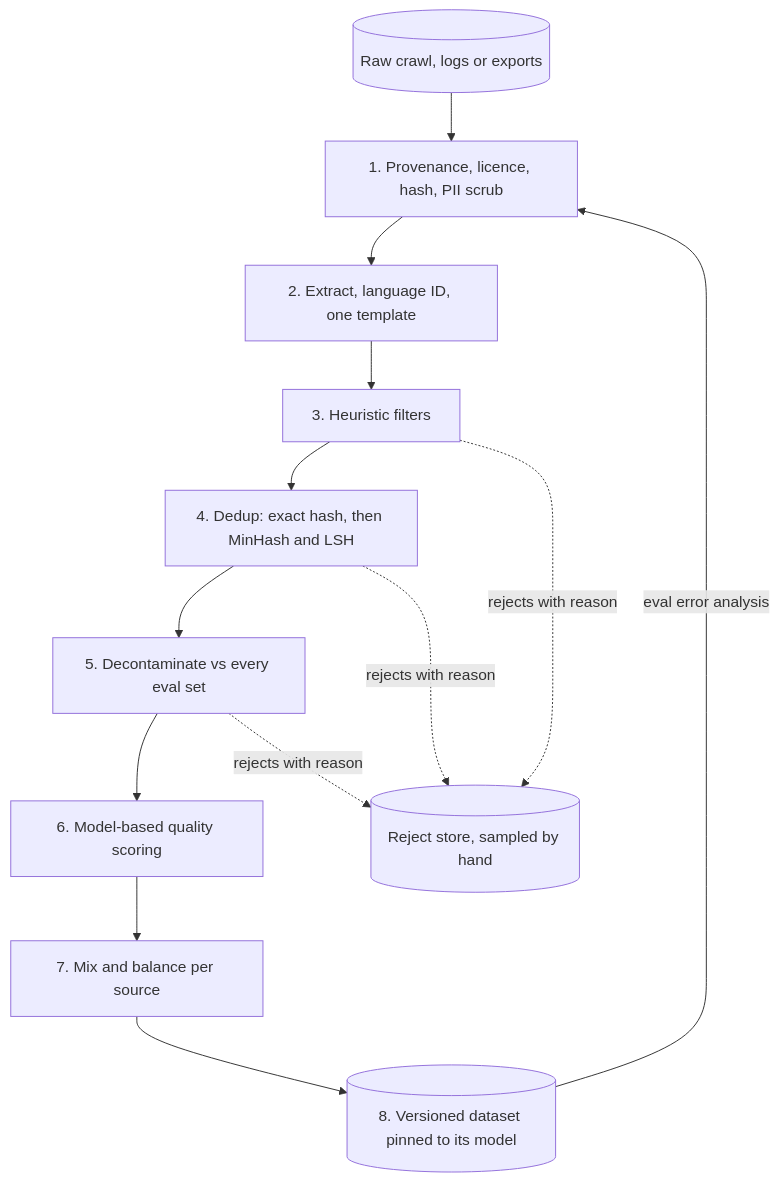
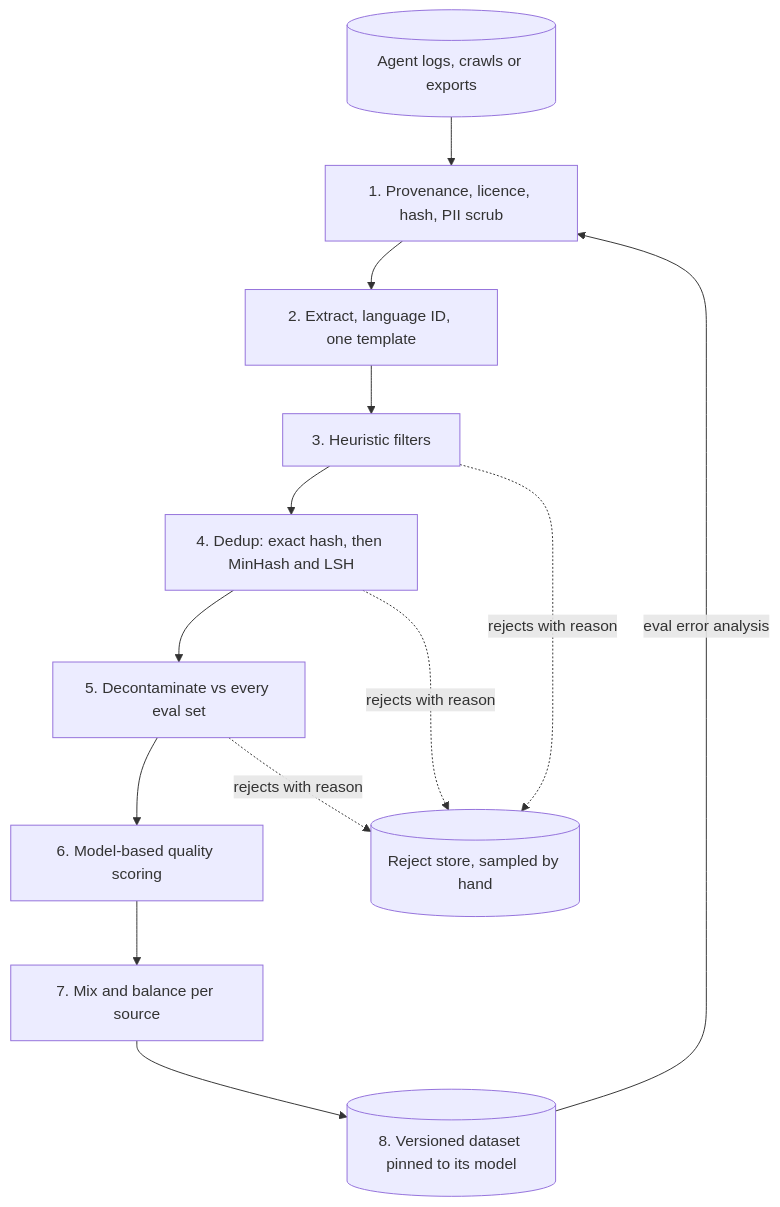
One commit to lovishmahajan97/agentic-learning changed the diagram in content/training-adaptation/data-curation.md. Above: the diagram before and after it, drawn with Mermaid. The commit also changed other lines of this file and 266 other files, not shown here.

````diff
--- a/content/training-adaptation/data-curation.md
+++ b/content/training-adaptation/data-curation.md
@@ -156,15 +188,15 @@
 ```mermaid
 flowchart TD
-    R[("Raw crawl, logs or exports")] --> P["1. Provenance, licence, hash, PII scrub"]
+    R[("Agent logs, crawls or exports")] --> P["1. Provenance, licence, hash, PII scrub"]
     P --> X["2. Extract, language ID, one template"]
     X --> H["3. Heuristic filters"]
     H --> D["4. Dedup: exact hash, then MinHash and LSH"]
     D --> C["5. Decontaminate vs every eval set"]
     C --> M["6. Model-based quality scoring"]
     M --> MX["7. Mix and balance per source"]
     MX --> V[("8. Versioned dataset pinned to its model")]
     H -.->|"rejects with reason"| J[("Reject store, sampled by hand")]
     D -.->|"rejects with reason"| J
     C -.->|"rejects with reason"| J
     V -->|"eval error analysis"| P
 ```
````
